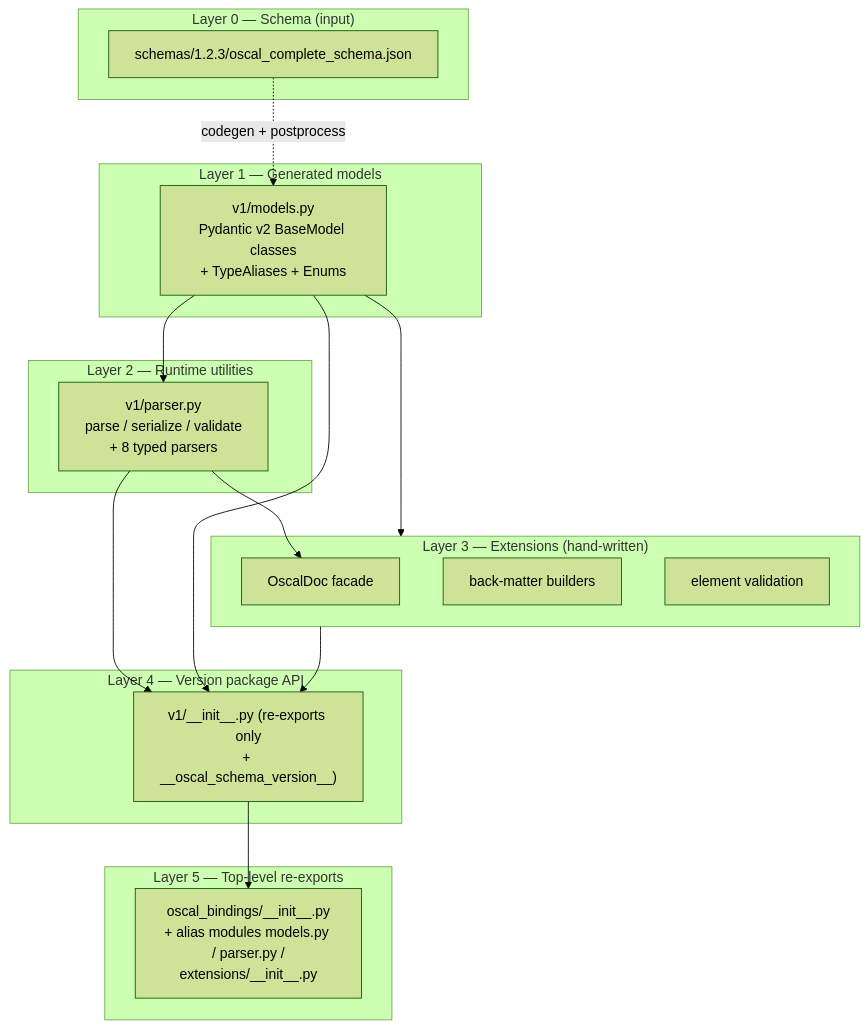
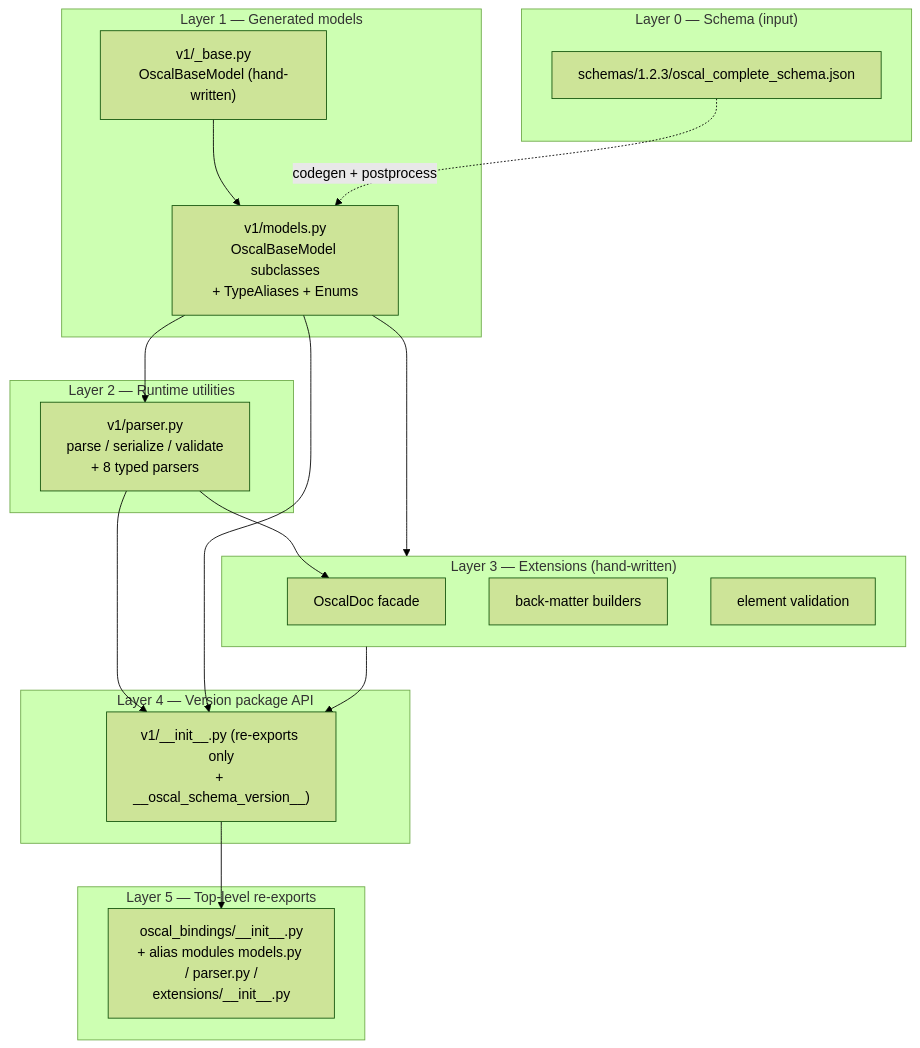
Before and after one commit to cairn-proofs/oscal-bindings-python: the first of 2 diagrams in .agents/summary/architecture.md, drawn with Mermaid (forest theme). The commit also changed other lines of this file and 34 other files, not shown here.

````diff
--- a/.agents/summary/architecture.md
+++ b/.agents/summary/architecture.md
@@ -11,31 +11,33 @@
 ```mermaid
 graph TB
     subgraph L0["Layer 0 — Schema (input)"]
         S["schemas/1.2.3/oscal_complete_schema.json"]
     end
     subgraph L1["Layer 1 — Generated models"]
-        M["v1/models.py<br/>Pydantic v2 BaseModel classes<br/>+ TypeAliases + Enums"]
+        BASE["v1/_base.py<br/>OscalBaseModel (hand-written)"]
+        M["v1/models.py<br/>OscalBaseModel subclasses<br/>+ TypeAliases + Enums"]
+        BASE --> M
     end
     subgraph L2["Layer 2 — Runtime utilities"]
         P["v1/parser.py<br/>parse / serialize / validate<br/>+ 8 typed parsers"]
     end
     subgraph L3["Layer 3 — Extensions (hand-written)"]
         D["OscalDoc facade"]
         B["back-matter builders"]
         V["element validation"]
     end
     subgraph L4["Layer 4 — Version package API"]
         I["v1/__init__.py (re-exports only<br/>+ __oscal_schema_version__)"]
     end
     subgraph L5["Layer 5 — Top-level re-exports"]
         C["oscal_bindings/__init__.py<br/>+ alias modules models.py / parser.py /<br/>extensions/__init__.py"]
     end
     S -. codegen + postprocess .-> M
     M --> P
     M --> L3
     P --> D
     P --> I
     L3 --> I
     M --> I
     I --> C
 ```
````
